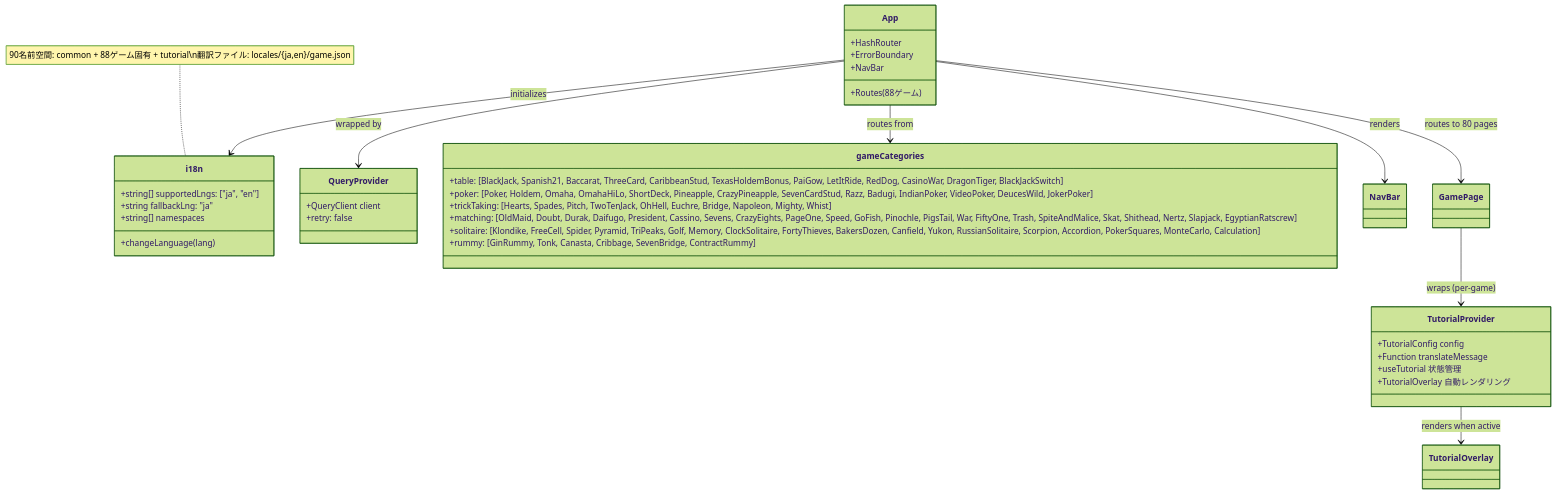
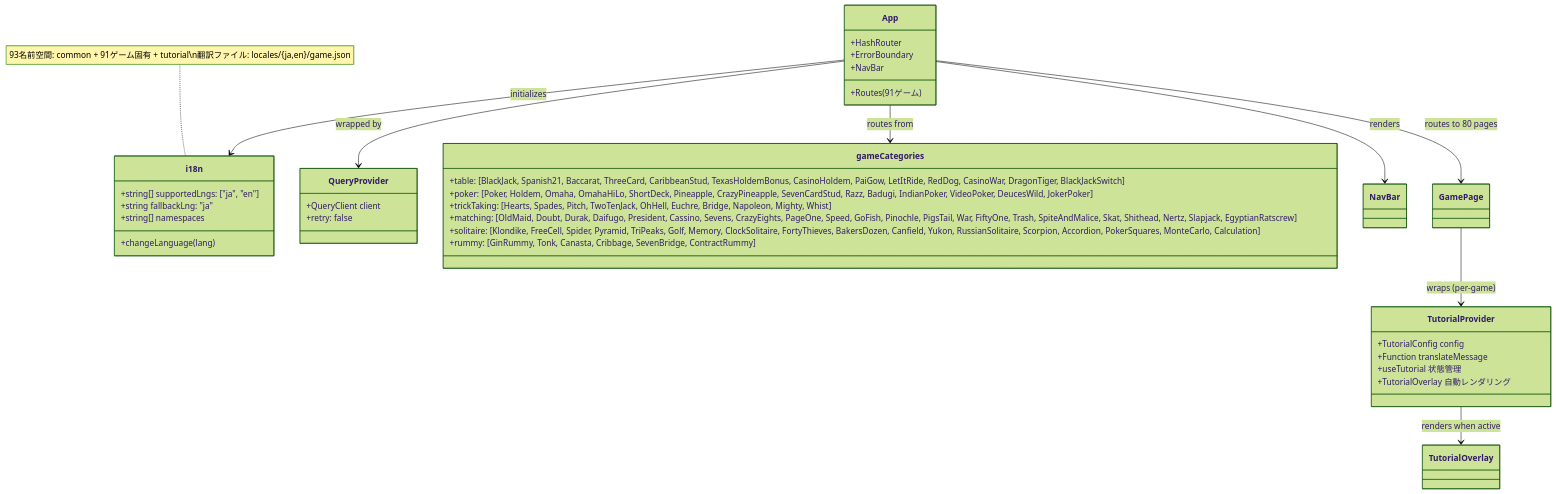
One commit to yuta-yoshinaga/go_trumpcards changed the ninth of 42 diagrams in docs/design/frontend.md. Above: the diagram before and after it, drawn with Mermaid (forest theme). The commit also changed other lines of this file and 53 other files, not shown here.

````diff
--- a/docs/design/frontend.md
+++ b/docs/design/frontend.md
@@ -1912,47 +1912,47 @@
 ```mermaid
 classDiagram
     class i18n {
         +string[] supportedLngs: ["ja", "en"]
         +string fallbackLng: "ja"
         +string[] namespaces
         +changeLanguage(lang)
     }
 
     class QueryProvider {
         +QueryClient client
         +retry: false
     }
 
     class App {
         +HashRouter
         +ErrorBoundary
         +NavBar
-        +Routes (88ゲーム)
+        +Routes (91ゲーム)
     }
 
     class gameCategories {
-        +table: [BlackJack, Spanish21, Baccarat, ThreeCard, CaribbeanStud, TexasHoldemBonus, PaiGow, LetItRide, RedDog, CasinoWar, DragonTiger, BlackJackSwitch]
+        +table: [BlackJack, Spanish21, Baccarat, ThreeCard, CaribbeanStud, TexasHoldemBonus, CasinoHoldem, PaiGow, LetItRide, RedDog, CasinoWar, DragonTiger, BlackJackSwitch]
         +poker: [Poker, Holdem, Omaha, OmahaHiLo, ShortDeck, Pineapple, CrazyPineapple, SevenCardStud, Razz, Badugi, IndianPoker, VideoPoker, DeucesWild, JokerPoker]
         +trickTaking: [Hearts, Spades, Pitch, TwoTenJack, OhHell, Euchre, Bridge, Napoleon, Mighty, Whist]
         +matching: [OldMaid, Doubt, Durak, Daifugo, President, Cassino, Sevens, CrazyEights, PageOne, Speed, GoFish, Pinochle, PigsTail, War, FiftyOne, Trash, SpiteAndMalice, Skat, Shithead, Nertz, Slapjack, EgyptianRatscrew]
         +solitaire: [Klondike, FreeCell, Spider, Pyramid, TriPeaks, Golf, Memory, ClockSolitaire, FortyThieves, BakersDozen, Canfield, Yukon, RussianSolitaire, Scorpion, Accordion, PokerSquares, MonteCarlo, Calculation]
         +rummy: [GinRummy, Tonk, Canasta, Cribbage, SevenBridge, ContractRummy]
     }
 
     class TutorialProvider {
         +TutorialConfig config
         +Function translateMessage
         +useTutorial 状態管理
         +TutorialOverlay 自動レンダリング
     }
 
     App --> QueryProvider : wrapped by
     App --> i18n : initializes
     App --> gameCategories : routes from
     App --> NavBar : renders
     App --> GamePage : routes to 80 pages
     GamePage --> TutorialProvider : wraps (per-game)
     TutorialProvider --> TutorialOverlay : renders when active
 
-    note for i18n "90名前空間: common + 88ゲーム固有 + tutorial\n翻訳ファイル: locales/{ja,en}/game.json"
+    note for i18n "93名前空間: common + 91ゲーム固有 + tutorial\n翻訳ファイル: locales/{ja,en}/game.json"
 ```
````
